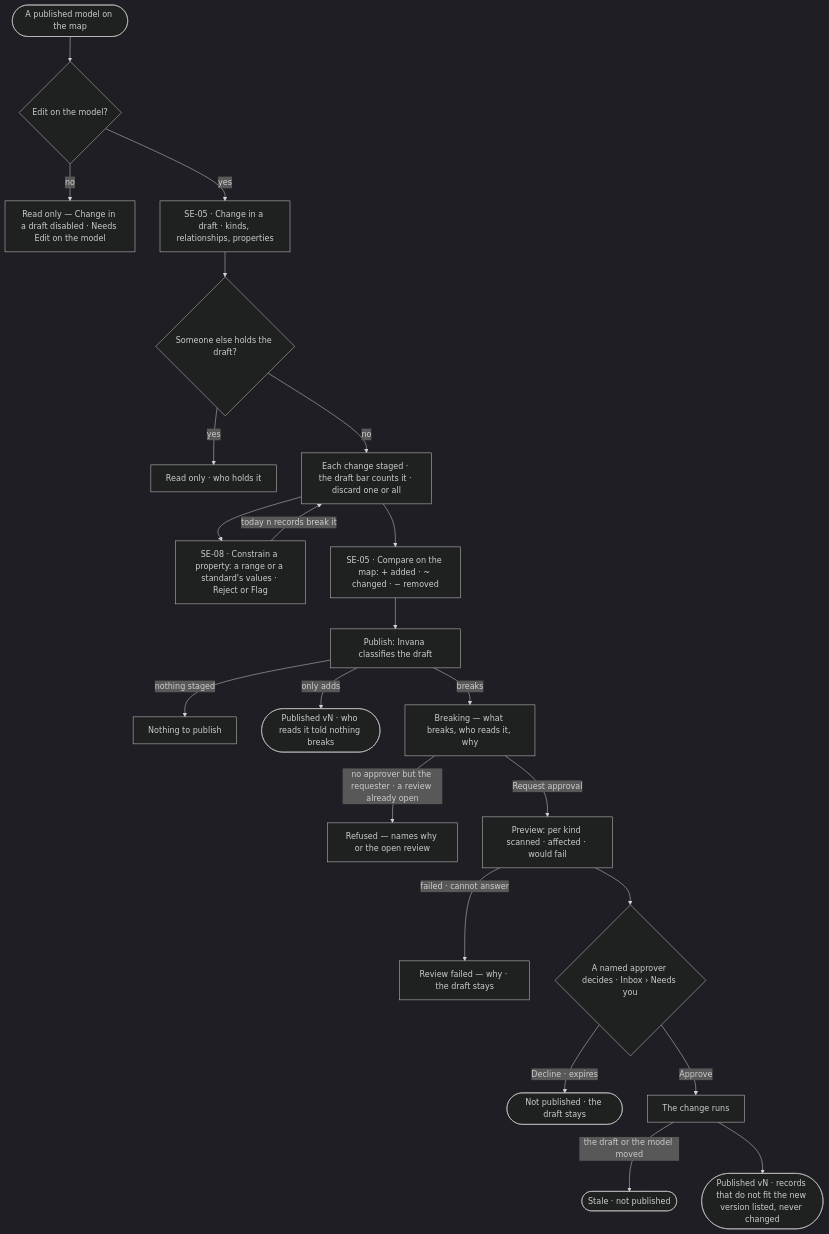
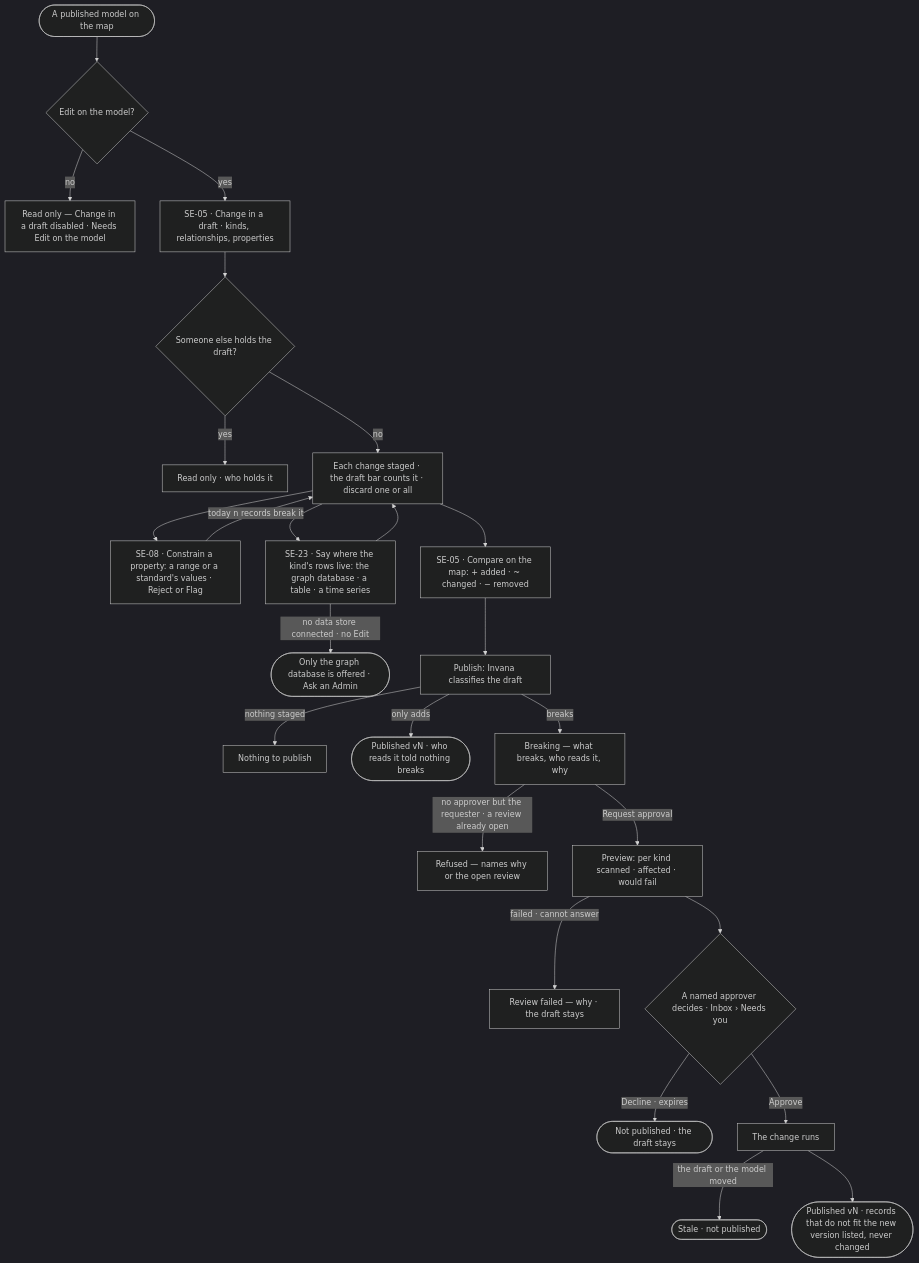
Before and after one commit to invana/invana: the first of 2 diagrams in specs/capabilities/semantics/features/SE-F02-change-and-publish-a-model/feature.md, drawn with Mermaid (dark theme). The commit also changed other lines of this file and 14 other files, not shown here.

````diff
--- a/specs/capabilities/semantics/features/SE-F02-change-and-publish-a-model/feature.md
+++ b/specs/capabilities/semantics/features/SE-F02-change-and-publish-a-model/feature.md
@@ -25,24 +25,27 @@
 ```mermaid
 flowchart TD
   start([A published model on the map]) --> may{Edit on the model?}
   may -->|no| ro["Read only — Change in a draft disabled · Needs Edit on the model"]
   may -->|yes| d["SE-05 · Change in a draft · kinds, relationships, properties"]
   d --> held{Someone else holds the draft?}
   held -->|yes| hro["Read only · who holds it"]
   held -->|no| ch["Each change staged · the draft bar counts it · discard one or all"]
   ch --> c["SE-08 · Constrain a property: a range or a standard's values · Reject or Flag"]
   c -->|today n records break it| ch
+  ch --> h["SE-23 · Say where the kind's rows live: the graph database · a table · a time series"]
+  h -->|no data store connected · no Edit| hn(["Only the graph database is offered · Ask an Admin"])
+  h --> ch
   ch --> cmp["SE-05 · Compare on the map: + added · ~ changed · − removed"]
   cmp --> p["Publish: Invana classifies the draft"]
   p -->|nothing staged| none["Nothing to publish"]
   p -->|only adds| pub(["Published vN · who reads it told nothing breaks"])
   p -->|breaks| br["Breaking — what breaks, who reads it, why"]
   br -->|no approver but the requester · a review already open| ref["Refused — names why or the open review"]
   br -->|Request approval| prev["Preview: per kind scanned · affected · would fail"]
   prev -->|failed · cannot answer| pf["Review failed — why · the draft stays"]
   prev --> ap{A named approver decides · Inbox › Needs you}
   ap -->|Decline · expires| no(["Not published · the draft stays"])
   ap -->|Approve| mig["The change runs"]
   mig -->|the draft or the model moved| stale(["Stale · not published"])
   mig --> done(["Published vN · records that do not fit the new version listed, never changed"])
 ```
````
